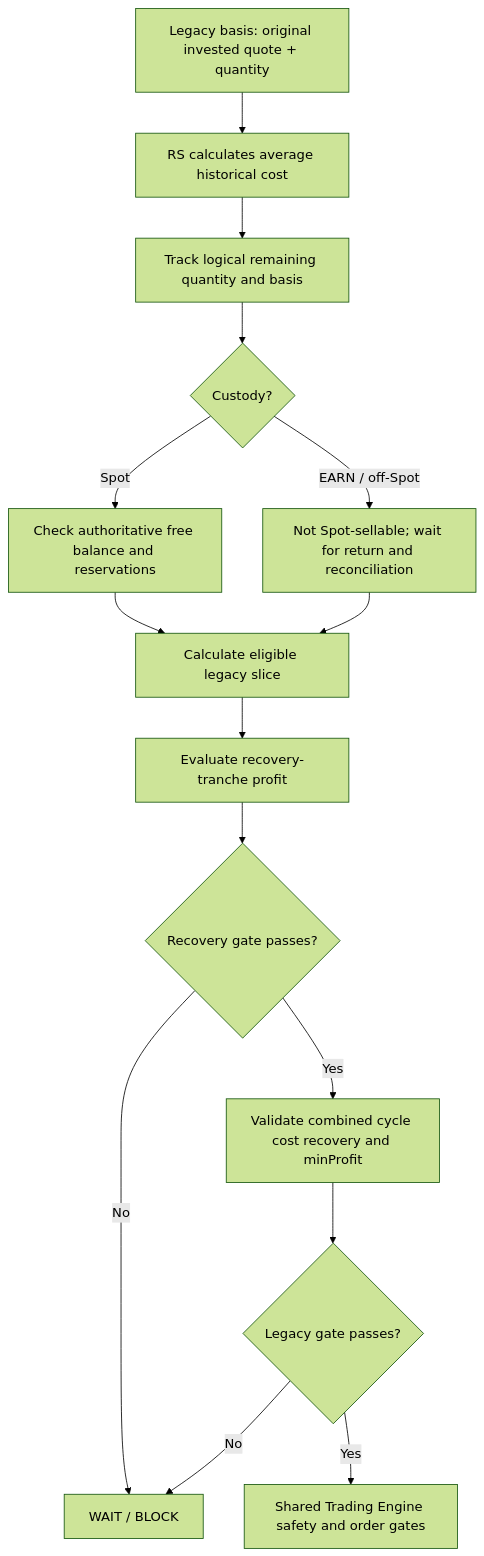
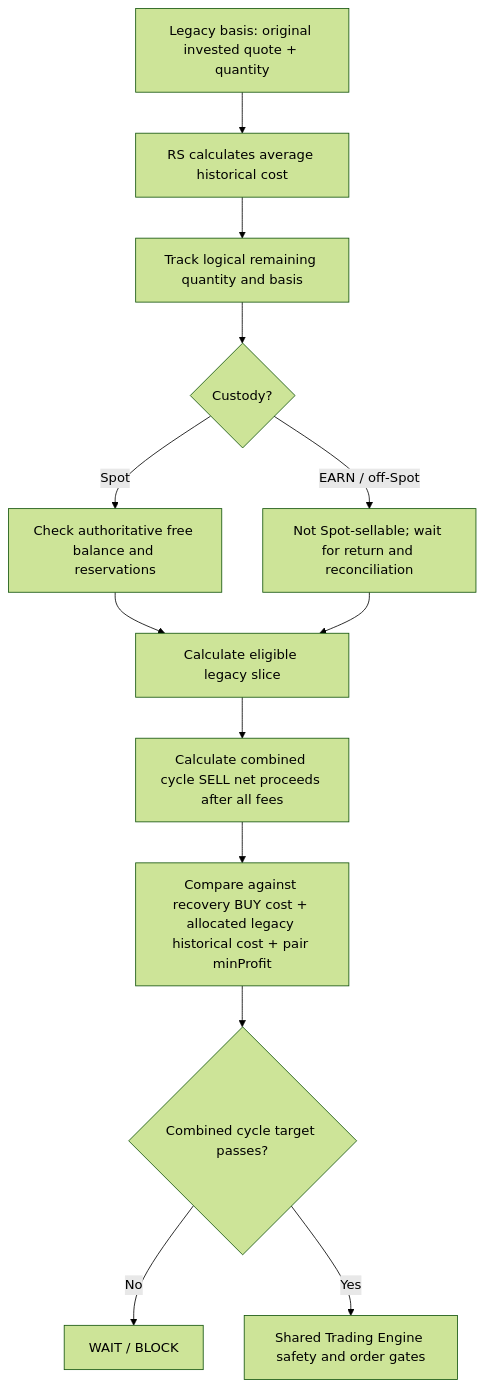
The second of 2 diagrams in apps/harvester/docs/domain/recovery-seller-implementation-roadmap.md (45s/coinzilla), drawn with Mermaid (forest theme) before and after one commit. The commit also changed other lines of this file, not shown here.

Commit message:
docs(harvester): align RS roadmap with combined cycle gate

```diff
--- a/apps/harvester/docs/domain/recovery-seller-implementation-roadmap.md
+++ b/apps/harvester/docs/domain/recovery-seller-implementation-roadmap.md
@@ -303,17 +303,15 @@
 ~~~mermaid
 flowchart TD
   A["Legacy basis: original invested quote + quantity"] --> B["RS calculates average historical cost"]
   B --> C["Track logical remaining quantity and basis"]
   C --> D{"Custody?"}
   D -->|"Spot"| E["Check authoritative free balance and reservations"]
   D -->|"EARN / off-Spot"| F["Not Spot-sellable; wait for return and reconciliation"]
   E --> G["Calculate eligible legacy slice"]
   F --> G
-  G --> H["Evaluate recovery-tranche profit"]
-  H --> I{"Recovery gate passes?"}
-  I -->|"No"| X["WAIT / BLOCK"]
-  I -->|"Yes"| J["Validate combined cycle cost recovery and minProfit"]
-  J --> K{"Legacy gate passes?"}
-  K -->|"No"| X
-  K -->|"Yes"| L["Shared Trading Engine safety and order gates"]
+  G --> H["Calculate combined cycle SELL net proceeds after all fees"]
+  H --> I["Compare against recovery BUY cost + allocated legacy historical cost + pair minProfit"]
+  I --> J{"Combined cycle target passes?"}
+  J -->|"No"| X["WAIT / BLOCK"]
+  J -->|"Yes"| K["Shared Trading Engine safety and order gates"]
 ~~~
```
